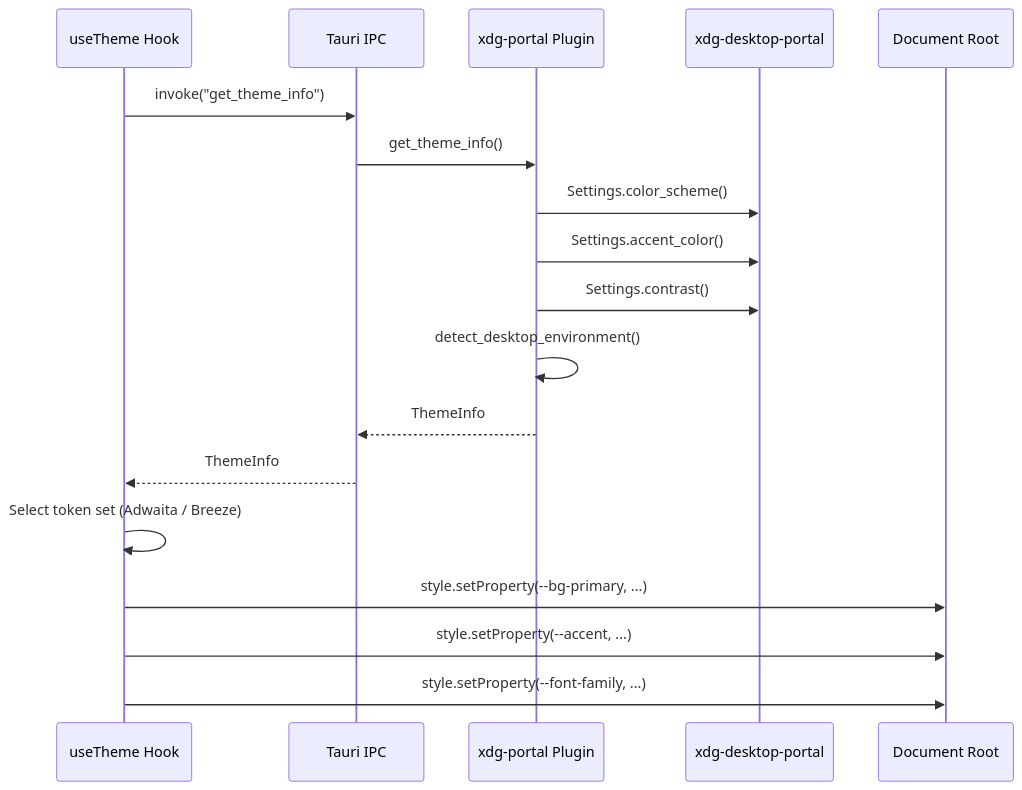
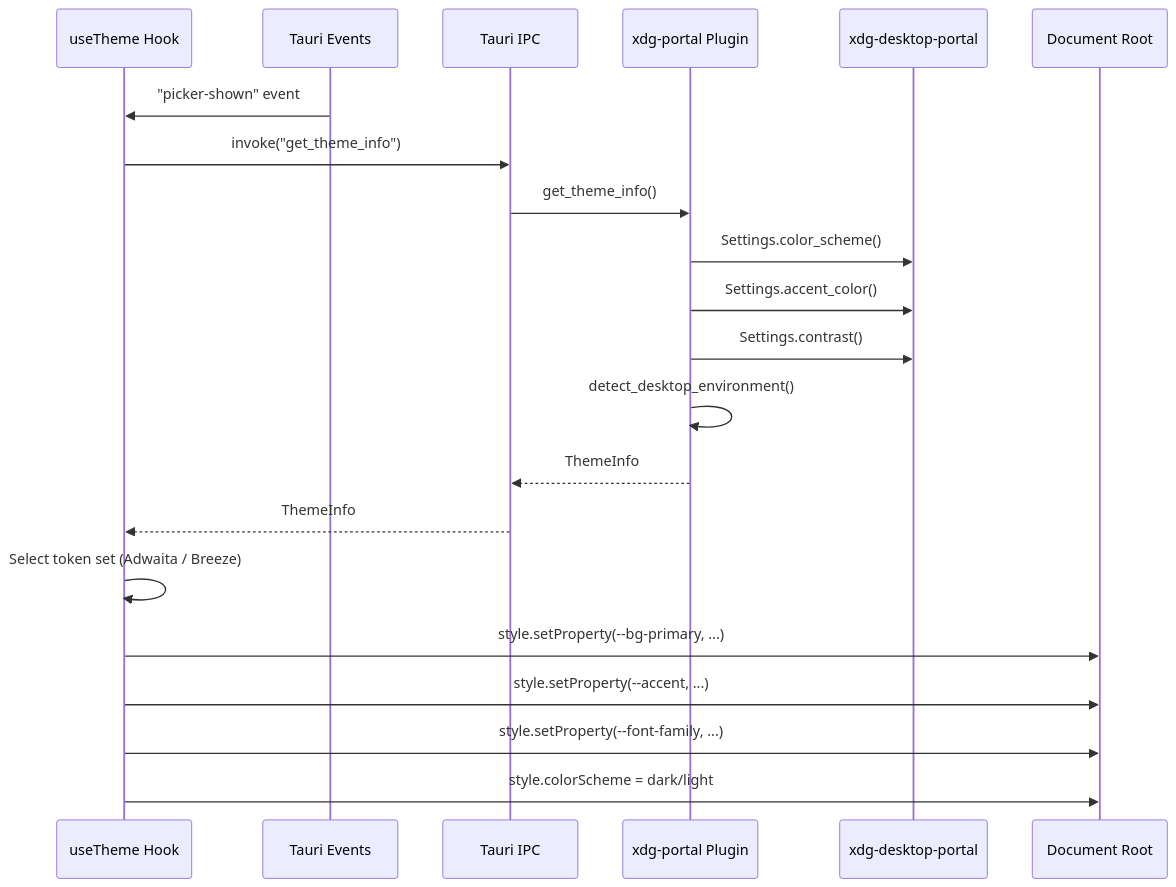
The sixth of 10 diagrams in docs/architecture.md (liminal-hq/emoji-nook), drawn with Mermaid before and after one commit. The commit also changed other lines of this file and 6 other files, not shown here.

First line of the commit message:
docs: update architecture and add animated SVG diagrams

````diff
--- a/docs/architecture.md
+++ b/docs/architecture.md
@@ -178,22 +251,25 @@
 ```mermaid
 sequenceDiagram
     participant React as useTheme Hook
+    participant Event as Tauri Events
     participant IPC as Tauri IPC
     participant Plugin as xdg-portal Plugin
     participant DBus as xdg-desktop-portal
     participant DOM as Document Root
 
+    Event->>React: "picker-shown" event
     React->>IPC: invoke("get_theme_info")
     IPC->>Plugin: get_theme_info()
     Plugin->>DBus: Settings.color_scheme()
     Plugin->>DBus: Settings.accent_color()
     Plugin->>DBus: Settings.contrast()
     Plugin->>Plugin: detect_desktop_environment()
     Plugin-->>IPC: ThemeInfo
     IPC-->>React: ThemeInfo
 
     React->>React: Select token set (Adwaita / Breeze)
     React->>DOM: style.setProperty(--bg-primary, ...)
     React->>DOM: style.setProperty(--accent, ...)
     React->>DOM: style.setProperty(--font-family, ...)
+    React->>DOM: style.colorScheme = dark/light
 ```
````
